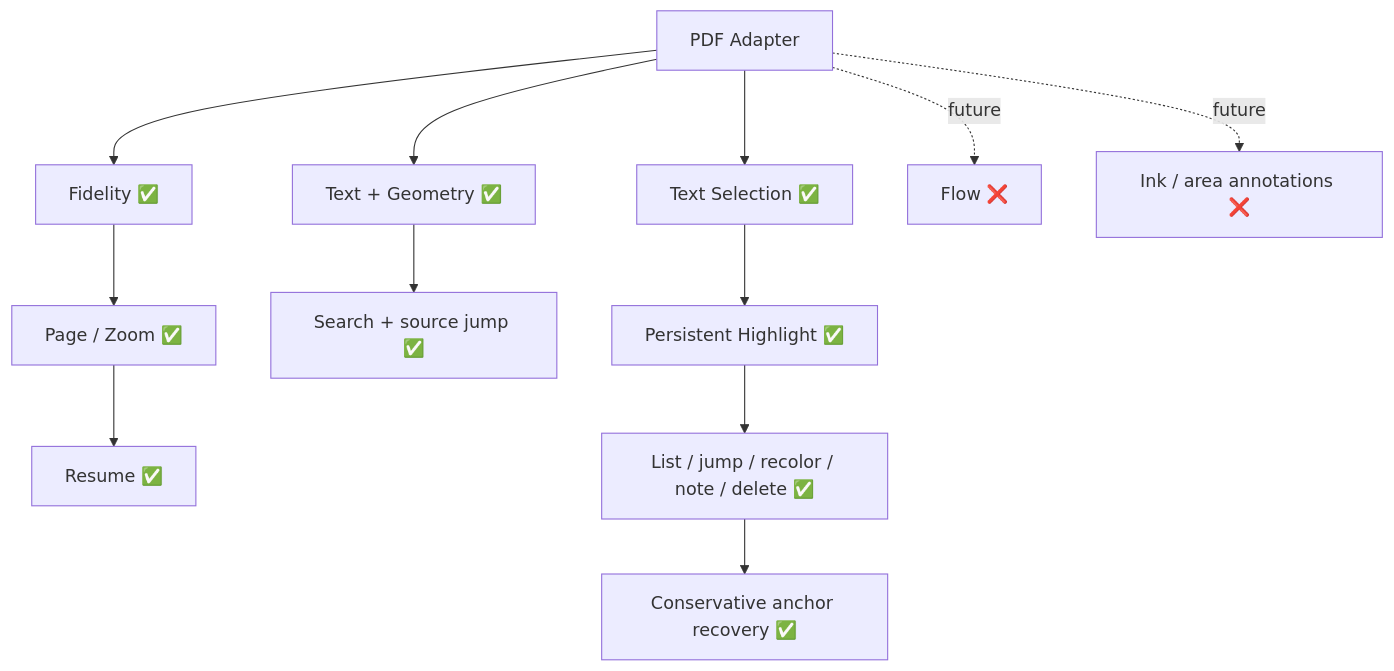
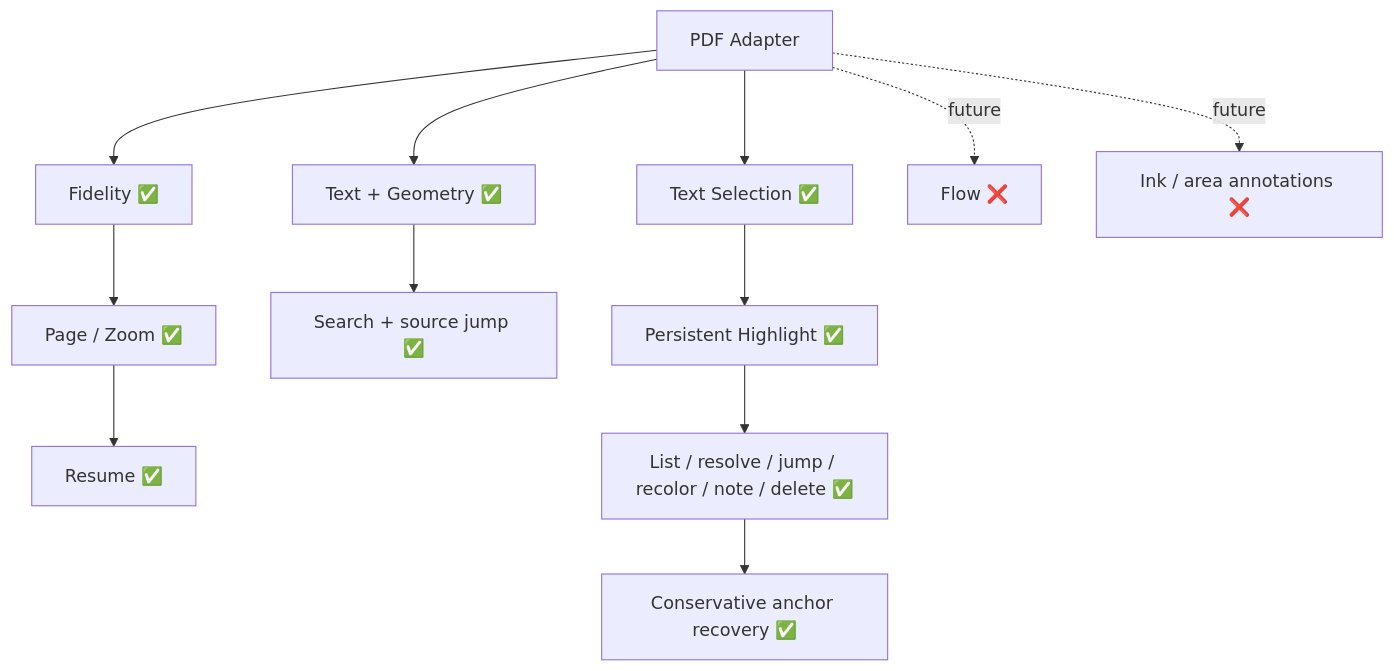
The tenth of 15 diagrams in docs/PROJECT_GRAPH.md (aaditya140103/kola), drawn with Mermaid before and after one commit. The commit also changed other lines of this file, not shown here.

````diff
--- a/docs/PROJECT_GRAPH.md
+++ b/docs/PROJECT_GRAPH.md
@@ -182,21 +187,21 @@
 ```mermaid
 flowchart TD
     PDF[PDF Adapter]
     Fidelity[Fidelity ✅]
     Nav[Page / Zoom ✅]
     Resume[Resume ✅]
     Extract[Text + Geometry ✅]
     Search[Search + source jump ✅]
     Select[Text Selection ✅]
     Highlight[Persistent Highlight ✅]
-    Manage[List / jump / recolor / note / delete ✅]
+    Manage[List / resolve / jump / recolor / note / delete ✅]
     Recover[Conservative anchor recovery ✅]
     Flow[Flow ❌]
     Ink[Ink / area annotations ❌]
 
     PDF --> Fidelity --> Nav --> Resume
     PDF --> Extract --> Search
     PDF --> Select --> Highlight --> Manage --> Recover
     PDF -. future .-> Flow
     PDF -. future .-> Ink
 ```
````
